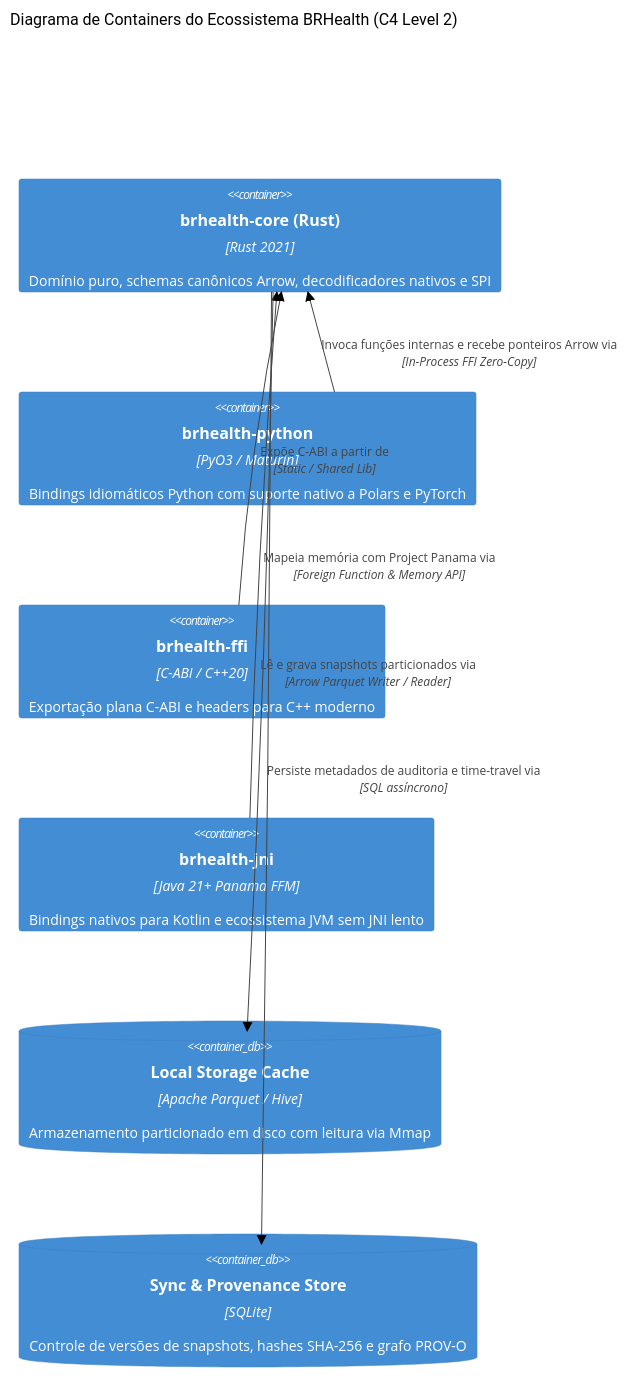
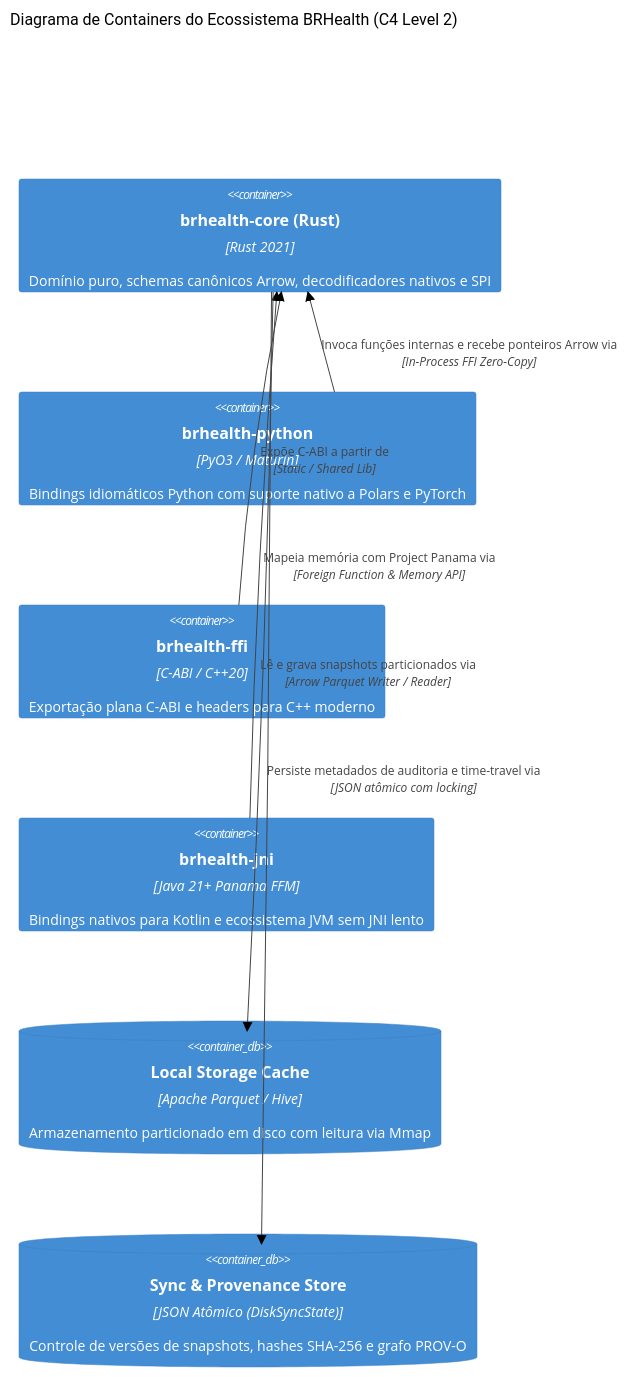
One commit to MarcelDevBr/brhealth changed the second of 3 diagrams in docs/architecture/sdd_brhealth.md. Above: the diagram before and after it, drawn with Mermaid (forest theme). The commit also changed other lines of this file and 20 other files, not shown here.

Commit message:
refactor: replace SQLite persistence with DiskSyncState and introduce resilient transport with graceful degradation

````diff
--- a/docs/architecture/sdd_brhealth.md
+++ b/docs/architecture/sdd_brhealth.md
@@ -80,19 +80,19 @@
 ```mermaid
 C4Container
     title Diagrama de Containers do Ecossistema BRHealth (C4 Level 2)
 
     Container(core, "brhealth-core (Rust)", "Rust 2021", "Domínio puro, schemas canônicos Arrow, decodificadores nativos e SPI")
     Container(py_lib, "brhealth-python", "PyO3 / Maturin", "Bindings idiomáticos Python com suporte nativo a Polars e PyTorch")
     Container(ffi_lib, "brhealth-ffi", "C-ABI / C++20", "Exportação plana C-ABI e headers para C++ moderno")
     Container(jvm_lib, "brhealth-jni", "Java 21+ Panama FFM", "Bindings nativos para Kotlin e ecossistema JVM sem JNI lento")
 
     ContainerDb(cache_hive, "Local Storage Cache", "Apache Parquet / Hive", "Armazenamento particionado em disco com leitura via Mmap")
-    ContainerDb(sqlite_sync, "Sync & Provenance Store", "SQLite", "Controle de versões de snapshots, hashes SHA-256 e grafo PROV-O")
+    ContainerDb(disk_sync, "Sync & Provenance Store", "JSON Atômico (DiskSyncState)", "Controle de versões de snapshots, hashes SHA-256 e grafo PROV-O")
 
     Rel(py_lib, core, "Invoca funções internas e recebe ponteiros Arrow via", "In-Process FFI Zero-Copy")
     Rel(ffi_lib, core, "Expõe C-ABI a partir de", "Static / Shared Lib")
     Rel(jvm_lib, core, "Mapeia memória com Project Panama via", "Foreign Function & Memory API")
 
     Rel(core, cache_hive, "Lê e grava snapshots particionados via", "Arrow Parquet Writer / Reader")
-    Rel(core, sqlite_sync, "Persiste metadados de auditoria e time-travel via", "SQL assíncrono")
+    Rel(core, disk_sync, "Persiste metadados de auditoria e time-travel via", "JSON atômico com locking")
 ```
````
